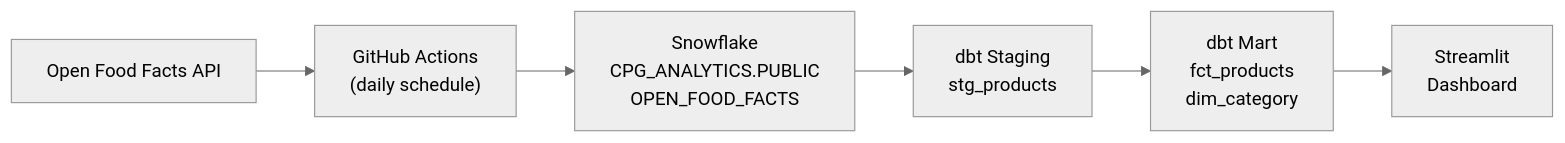
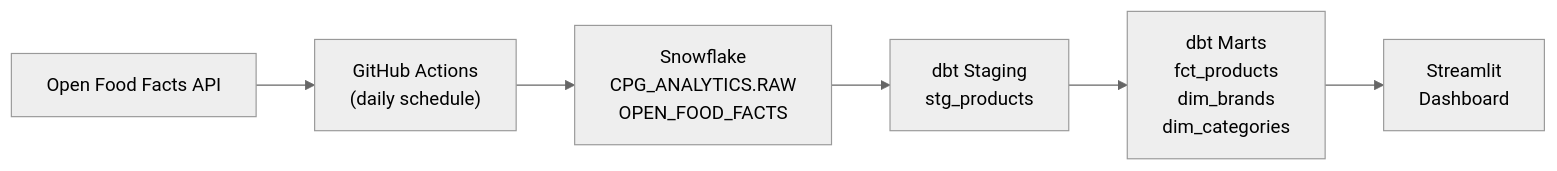
Before and after one commit to clkandrade-star/cpg-analytics-zuru: the first of 3 diagrams in README.md, drawn with Mermaid (neutral theme). The commit also changed other lines of this file and 11 other files, not shown here.

````diff
--- a/README.md
+++ b/README.md
@@ -7,11 +19,11 @@
 ```mermaid
 flowchart LR
     OFF["Open Food Facts API"]
     GHA["GitHub Actions\n(daily schedule)"]
-    RAW["Snowflake\nCPG_ANALYTICS.PUBLIC\nOPEN_FOOD_FACTS"]
+    RAW["Snowflake\nCPG_ANALYTICS.RAW\nOPEN_FOOD_FACTS"]
     STG["dbt Staging\nstg_products"]
-    MART["dbt Mart\nfct_products\ndim_category"]
+    MART["dbt Marts\nfct_products\ndim_brands\ndim_categories"]
     DASH["Streamlit\nDashboard"]
 
     OFF --> GHA --> RAW --> STG --> MART --> DASH
 ```
````
